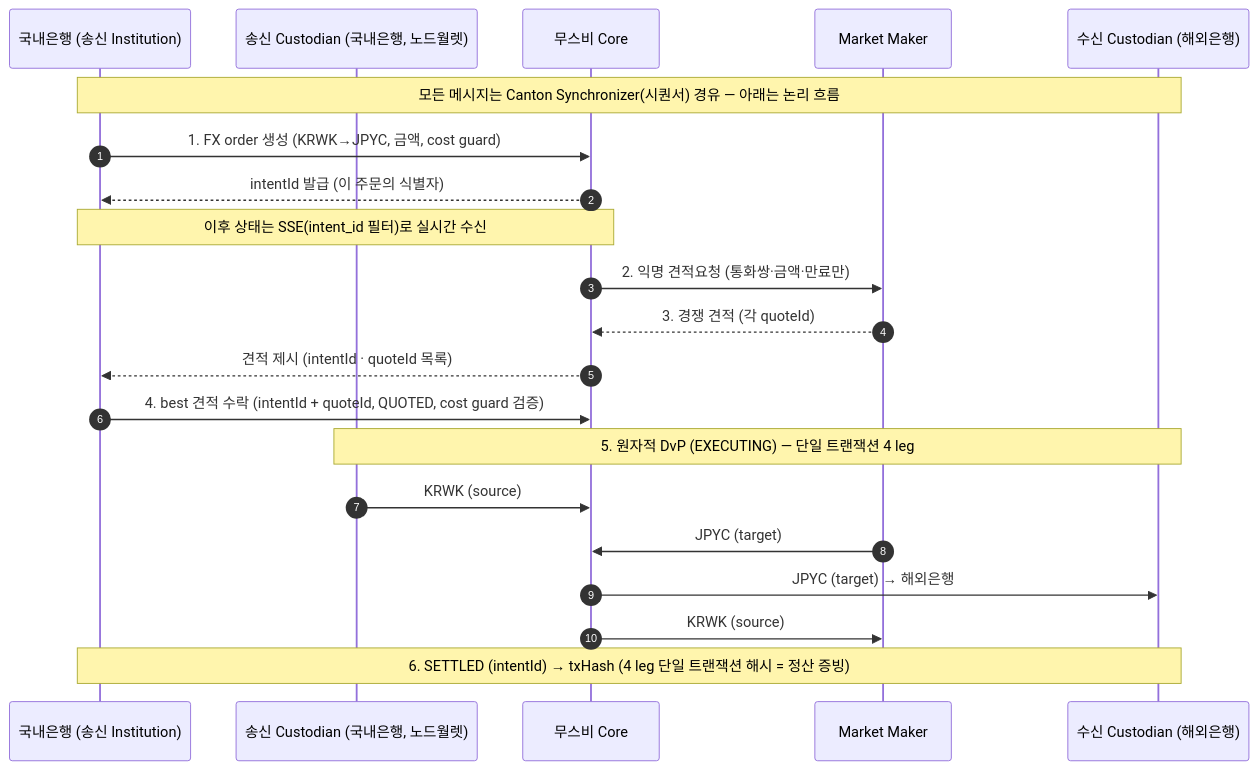
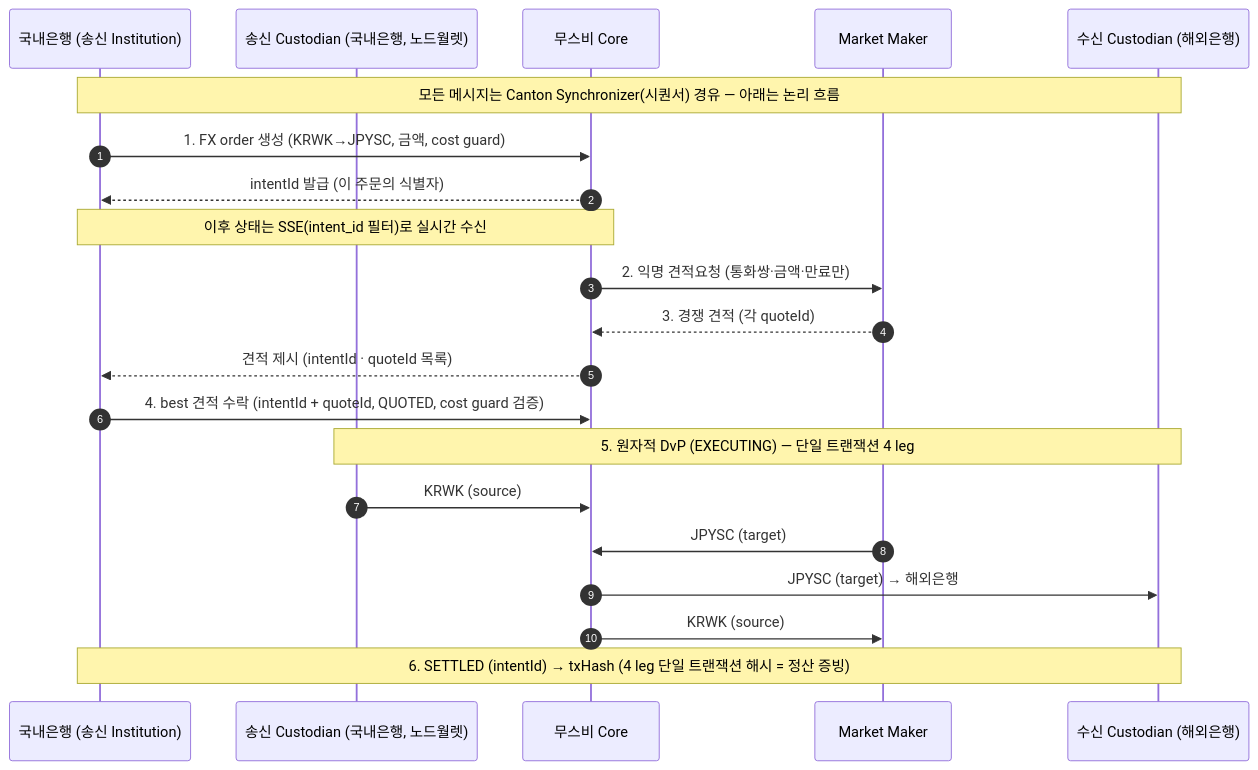
The diagram in dev/docs/poc/verification.md (eunsujeo/canton-docs), drawn with Mermaid before and after one commit. The commit also changed other lines of this file and 5 other files, not shown here.

````diff
--- a/dev/docs/poc/verification.md
+++ b/dev/docs/poc/verification.md
@@ -138,23 +138,23 @@
 ```mermaid
 sequenceDiagram
     autonumber
     participant I as 국내은행 (송신 Institution)
     participant SC as 송신 Custodian (국내은행, 노드월렛)
     participant V as 무스비 Core
     participant MM as Market Maker
     participant RC as 수신 Custodian (해외은행)
     Note over I,RC: 모든 메시지는 Canton Synchronizer(시퀀서) 경유 — 아래는 논리 흐름
-    I->>V: 1. FX order 생성 (KRWK→JPYC, 금액, cost guard)
+    I->>V: 1. FX order 생성 (KRWK→JPYSC, 금액, cost guard)
     V-->>I: intentId 발급 (이 주문의 식별자)
     Note over I,V: 이후 상태는 SSE(intent_id 필터)로 실시간 수신
     V->>MM: 2. 익명 견적요청 (통화쌍·금액·만료만)
     MM-->>V: 3. 경쟁 견적 (각 quoteId)
     V-->>I: 견적 제시 (intentId · quoteId 목록)
     I->>V: 4. best 견적 수락 (intentId + quoteId, QUOTED, cost guard 검증)
     Note over SC,RC: 5. 원자적 DvP (EXECUTING) — 단일 트랜잭션 4 leg
     SC->>V: KRWK (source)
-    MM->>V: JPYC (target)
-    V->>RC: JPYC (target) → 해외은행
+    MM->>V: JPYSC (target)
+    V->>RC: JPYSC (target) → 해외은행
     V->>MM: KRWK (source)
     Note over I,RC: 6. SETTLED (intentId) → txHash (4 leg 단일 트랜잭션 해시 = 정산 증빙)
 ```
````
